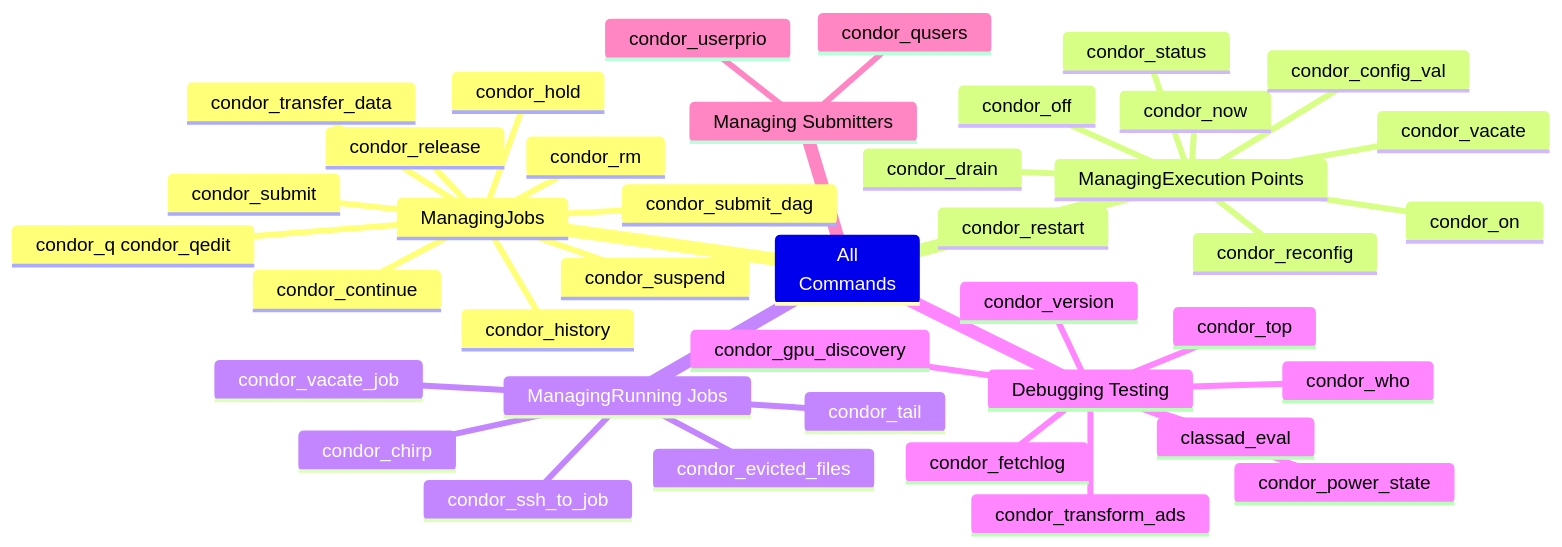
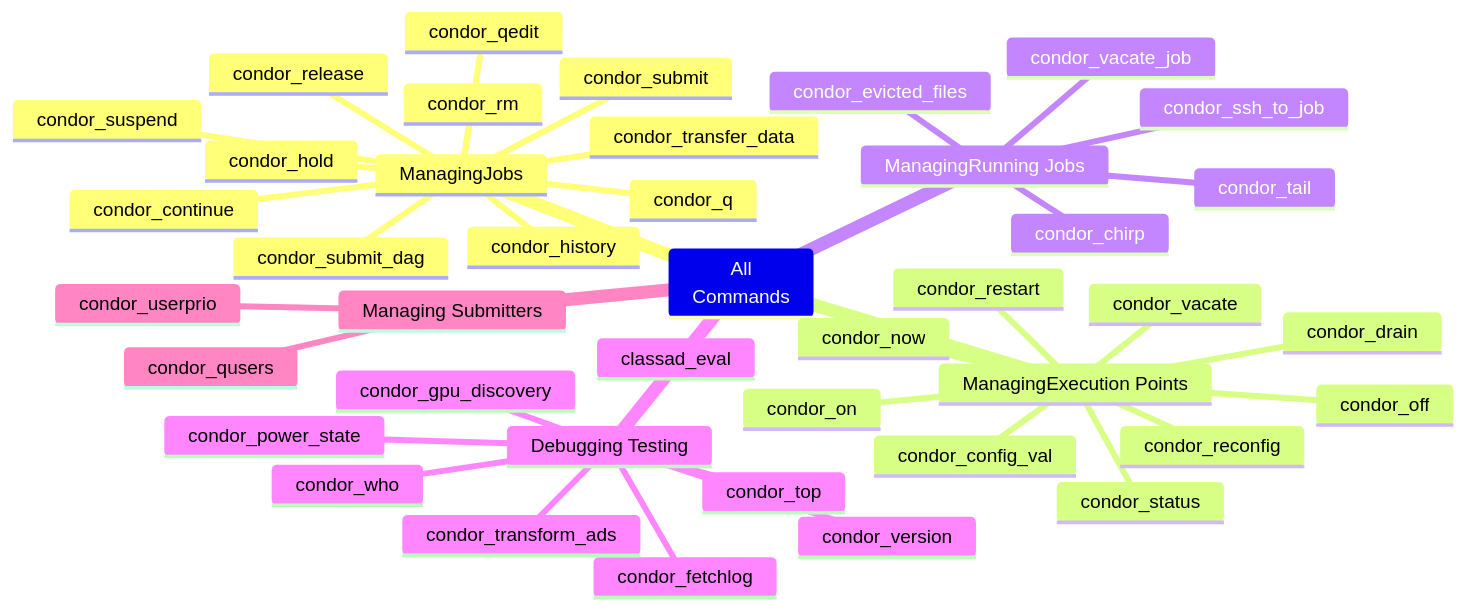
One commit to htcondor/htcondor changed the diagram in docs/man-pages/index.rst. Above: the diagram before and after it, drawn with Mermaid.

Commit message:
HTCONDOR-2672 condor_q and condor_qedit went to the same place in the mindmap

```diff
--- a/docs/man-pages/index.rst
+++ b/docs/man-pages/index.rst
@@ -6,78 +6,80 @@
 .. mermaid::
    :caption: A map of all the tools
    :align: center
 
    mindmap
      All<br/>Commands
        ManagingJobs
          condor_rm
          :::link:condor_rm
          condor_submit
          :::link:condor_submit
          condor_submit_dag
          :::link:condor_submit_dag
          condor_suspend
          :::link:condor_suspend
          condor_continue
          :::link:condor_continue
          condor_hold
          :::link:condor_hold
          condor_release
          :::link:condor_release
          condor_transfer_data
          :::link:condor_transfer_data
-         condor_q condor_qedit
+         condor_q
          :::link:condor_q
+         condor_qedit
+         :::link:condor_qedit
          condor_history
          :::link:condor_history
        ManagingExecution Points
            condor_off
            :::link:condor_off
            condor_on
            :::link:condor_on
            condor_restart
            :::link:condor_restart
            condor_drain
            :::link:condor_drain
            condor_now
            :::link:condor_now
            condor_vacate
            :::link:condor_vacate
            condor_config_val
            :::link:condor_config_val
            condor_reconfig
            :::link:condor_reconfig
            condor_status
            :::link:condor_status
        ManagingRunning Jobs
            condor_ssh_to_job
            :::link:condor_ssh_to_job
            condor_tail
            :::link:condor_tail
            condor_evicted_files
            :::link:condor_evicted_files
            condor_chirp
            :::link:condor_chirp
            condor_vacate_job
            :::link:condor_vacate_job
        Debugging Testing
            classad_eval
            :::link:classad_eval
            condor_version
            :::link:condor_version
            condor_who
            :::link:condor_who
            condor_top
            :::link:condor_top
            condor_fetchlog
            :::link:condor_fetchlog
            condor_transform_ads
            :::link:condor_transform_ads
            condor_gpu_discovery
            :::link:condor_gpu_discovery
            condor_power_state
        Managing Submitters
            condor_userprio
            :::link:condor_userprio
            condor_qusers
            :::link:condor_qusers
```
